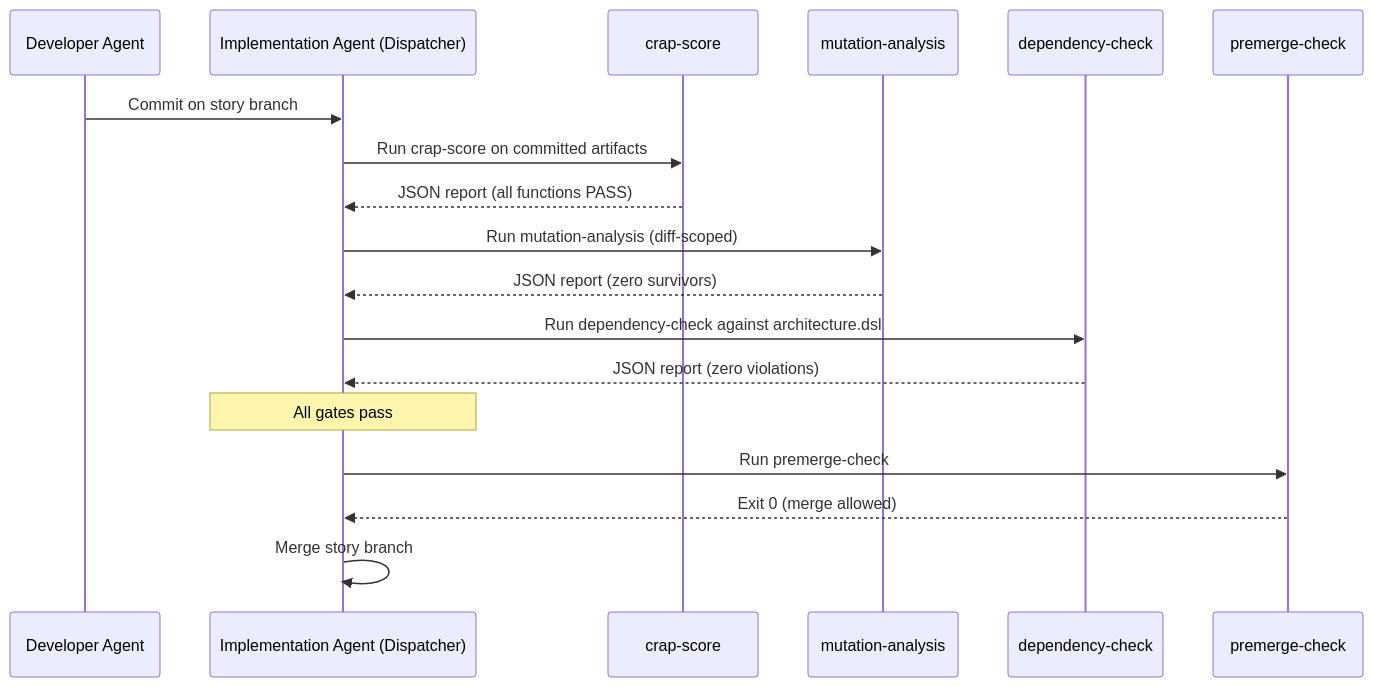
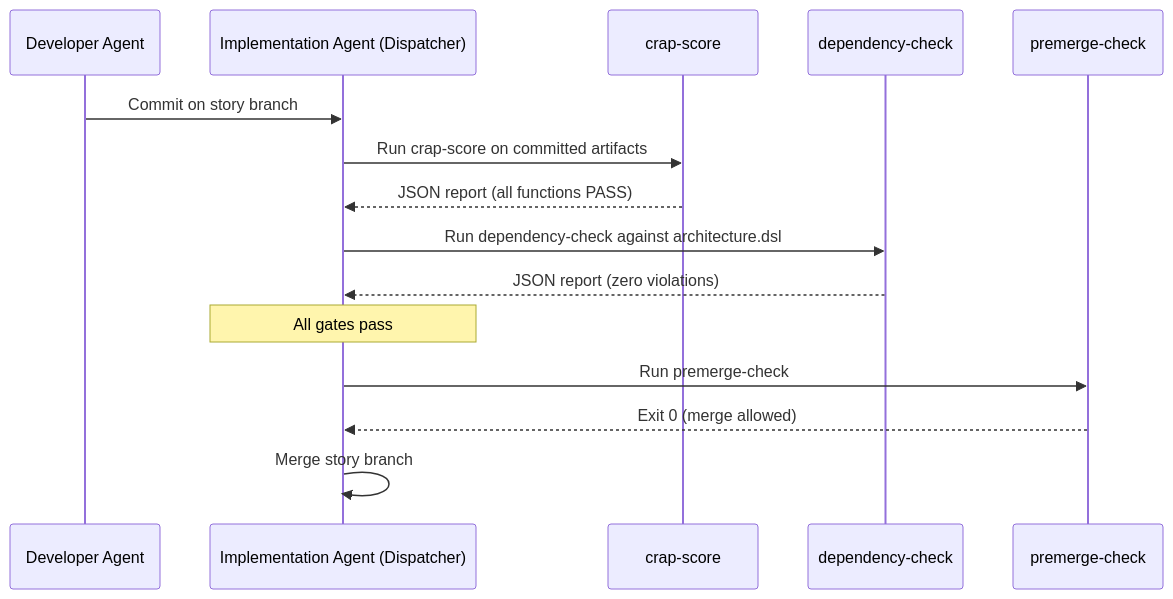
One commit to matthiasdaues/agent_factory changed the fourth of 6 diagrams in docs/arc42/06_runtime_view.md. Above: the diagram before and after it, drawn with Mermaid. The commit also changed other lines of this file and 23 other files, not shown here.

First line of the commit message:
docs: reconcile spec and architecture against code-as-built

````diff
--- a/docs/arc42/06_runtime_view.md
+++ b/docs/arc42/06_runtime_view.md
@@ -174,21 +97,18 @@
 ```mermaid
 sequenceDiagram
     participant D as Developer Agent
     participant IA as Implementation Agent (Dispatcher)
     participant CS as crap-score
-    participant MA as mutation-analysis
     participant DC as dependency-check
     participant PM as premerge-check
 
     D->>IA: Commit on story branch
     IA->>CS: Run crap-score on committed artifacts
     CS-->>IA: JSON report (all functions PASS)
-    IA->>MA: Run mutation-analysis (diff-scoped)
-    MA-->>IA: JSON report (zero survivors)
     IA->>DC: Run dependency-check against architecture.dsl
     DC-->>IA: JSON report (zero violations)
     Note over IA: All gates pass
     IA->>PM: Run premerge-check
     PM-->>IA: Exit 0 (merge allowed)
     IA->>IA: Merge story branch
 ```
````
